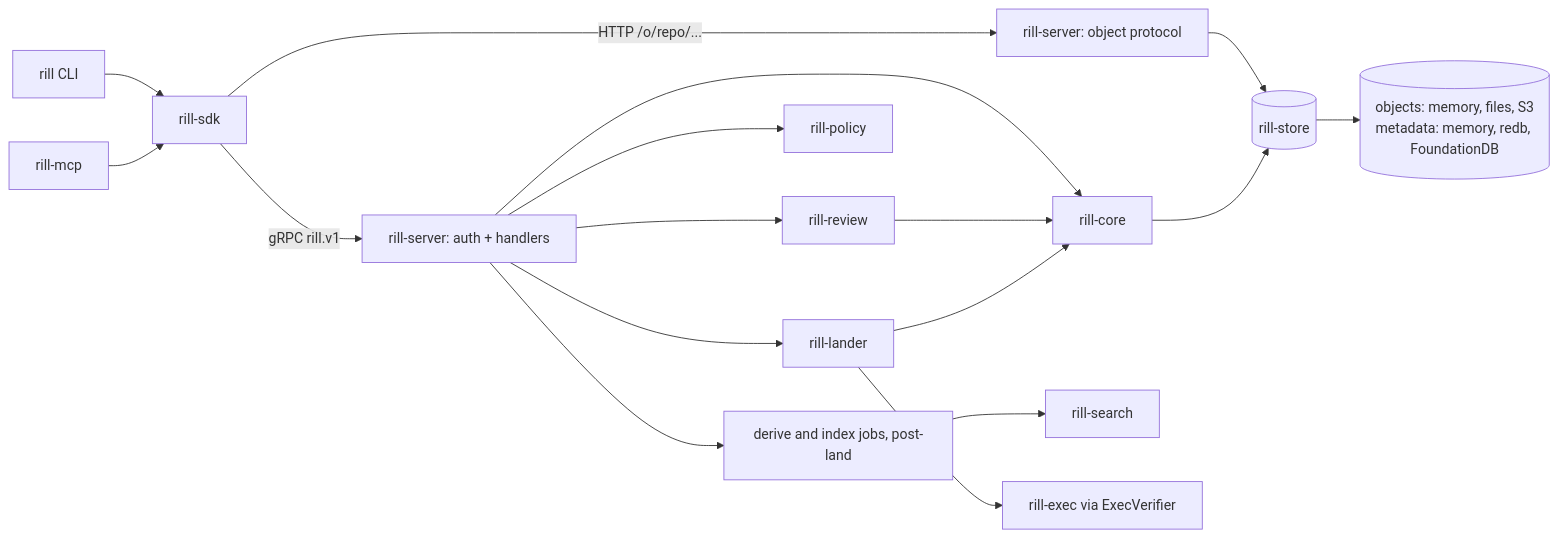
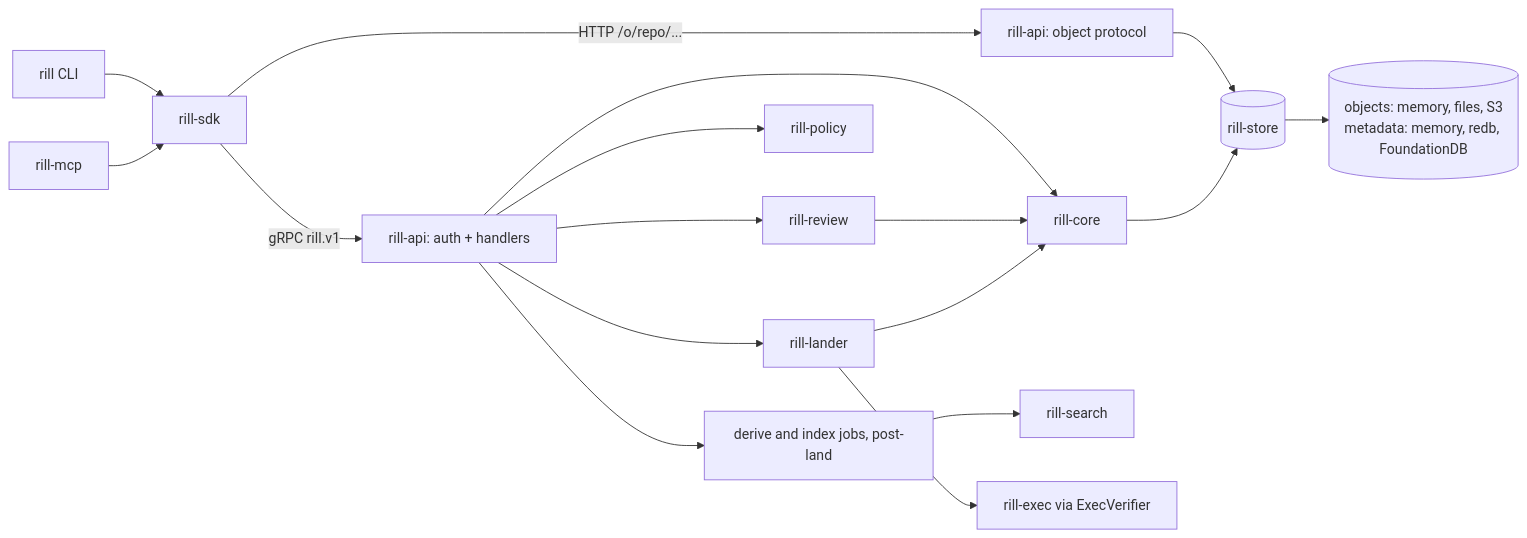
Before and after one commit to envoy1084/rill: the second of 3 diagrams in architecture/01-overview/system-model.md, drawn with Mermaid. The commit also changed other lines of this file and 116 other files, not shown here.

First line of the commit message:
api,cli: rename rill-server to rill-api; rill dev and rill api replace the server binary

````diff
--- a/architecture/01-overview/system-model.md
+++ b/architecture/01-overview/system-model.md
@@ -36,19 +36,19 @@
 ```mermaid
 flowchart LR
   CLI[rill CLI] --> SDK[rill-sdk]
   MCP[rill-mcp] --> SDK
-  SDK -->|gRPC rill.v1| GRPC[rill-server: auth + handlers]
-  SDK -->|HTTP /o/repo/...| OBJ[rill-server: object protocol]
+  SDK -->|gRPC rill.v1| GRPC[rill-api: auth + handlers]
+  SDK -->|HTTP /o/repo/...| OBJ[rill-api: object protocol]
   GRPC --> Review[rill-review]
   GRPC --> Lander[rill-lander]
   GRPC --> Policy[rill-policy]
   GRPC --> Core[rill-core]
   GRPC --> Workers[derive and index jobs, post-land]
   Workers --> Search[rill-search]
   Lander --> Exec[rill-exec via ExecVerifier]
   Review --> Core
   Lander --> Core
   OBJ --> Store
   Core --> Store[(rill-store)]
   Store --> Backend[(objects: memory, files, S3<br/>metadata: memory, redb, FoundationDB)]
 ```
````
